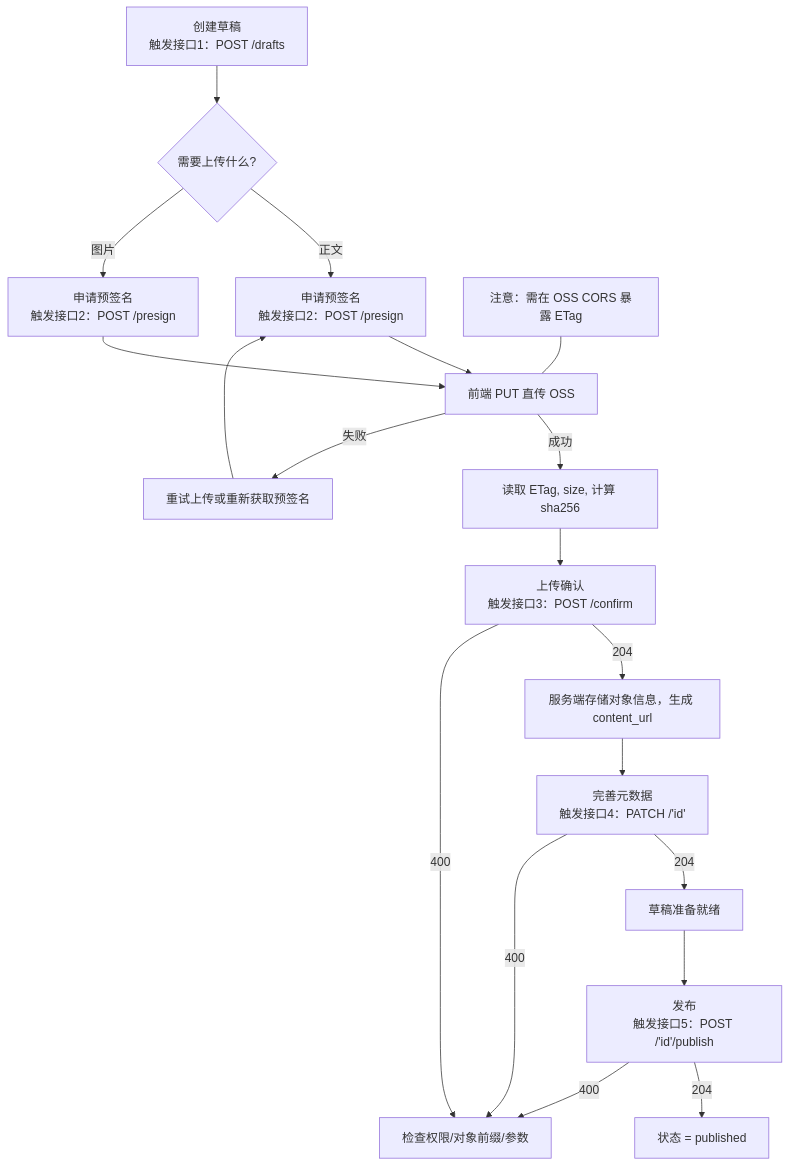
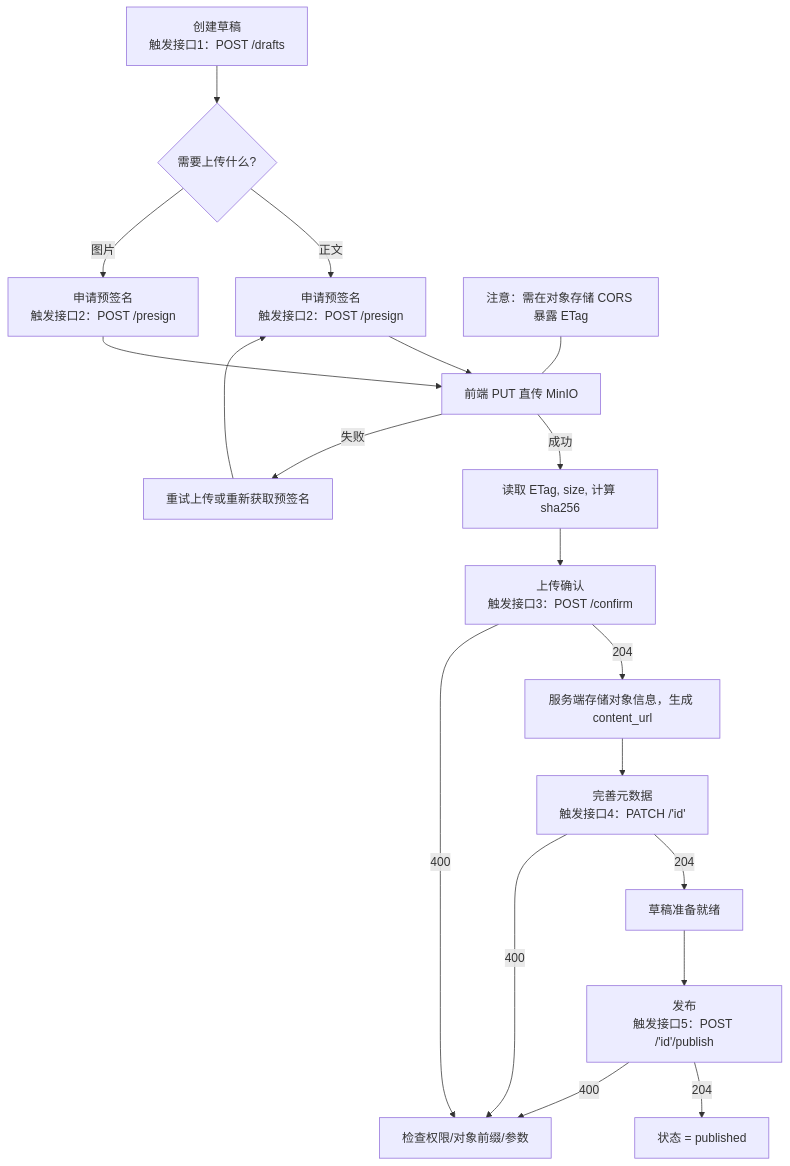
The diagram in docs/API接口文档_knowpost.md (Yager-42/zhiguang_be), drawn with Mermaid before and after one commit. The commit also changed other lines of this file and 18 other files, not shown here.

````diff
--- a/docs/API接口文档_knowpost.md
+++ b/docs/API接口文档_knowpost.md
@@ -195,26 +195,26 @@
 ```mermaid
 flowchart TD
     A[创建草稿
 触发接口1：POST /drafts] --> B{需要上传什么?}
     B -->|正文| C[申请预签名
 触发接口2：POST /presign]
     B -->|图片| C2[申请预签名
 触发接口2：POST /presign]
-    C --> D[前端 PUT 直传 OSS]
+    C --> D[前端 PUT 直传 MinIO]
     C2 --> D
     D -->|成功| E[读取 ETag, size, 计算 sha256]
     D -->|失败| X[重试上传或重新获取预签名] --> C
     E --> F[上传确认
 触发接口3：POST /confirm]
     F -->|204| G[服务端存储对象信息，生成 content_url]
     F -->|400| Z[检查权限/对象前缀/参数]
     G --> H[完善元数据
 触发接口4：PATCH /'id']
     H -->|204| I[草稿准备就绪]
     H -->|400| Z
     I --> J[发布
 触发接口5：POST /'id'/publish]
     J -->|204| K[状态 = published]
     J -->|400| Z
-N[注意：需在 OSS CORS 暴露 ETag] --- D
+N[注意：需在对象存储 CORS 暴露 ETag] --- D
 ```
````
